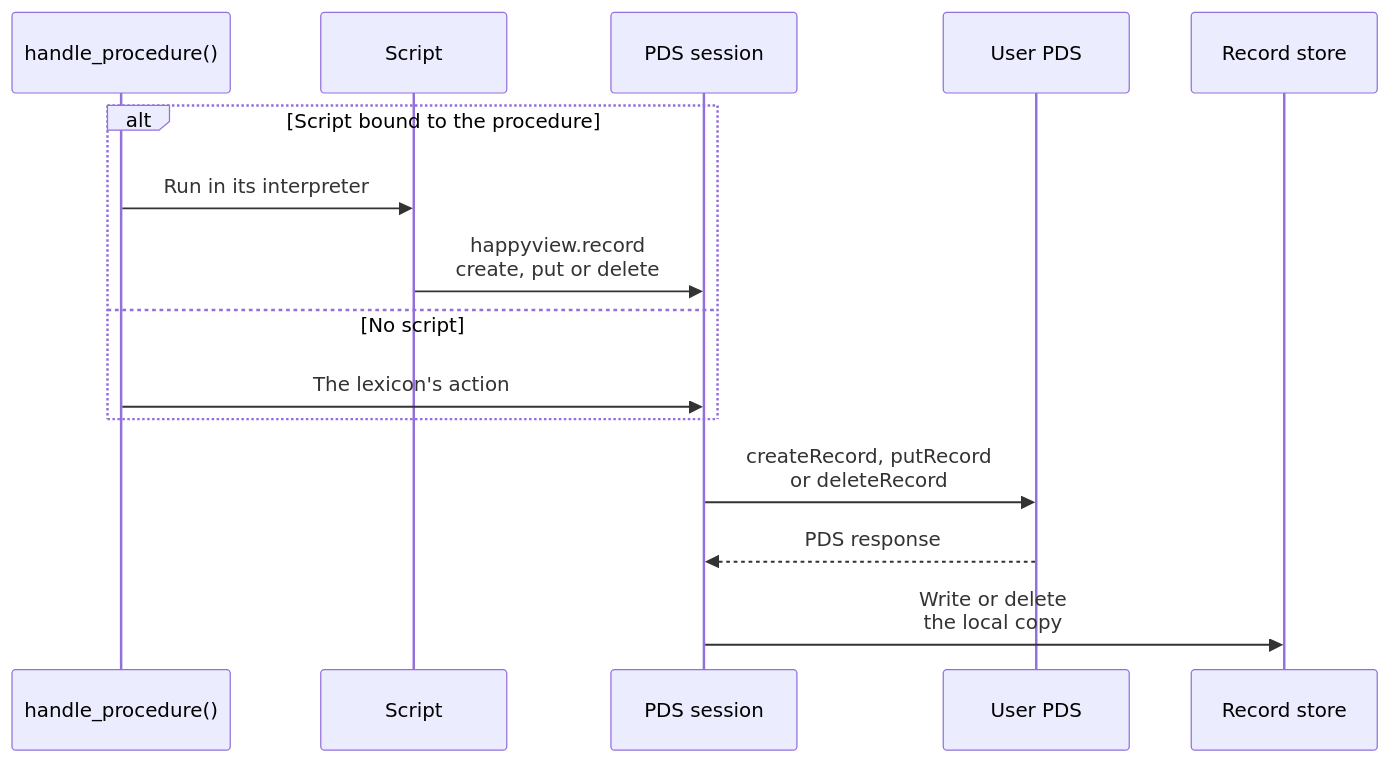
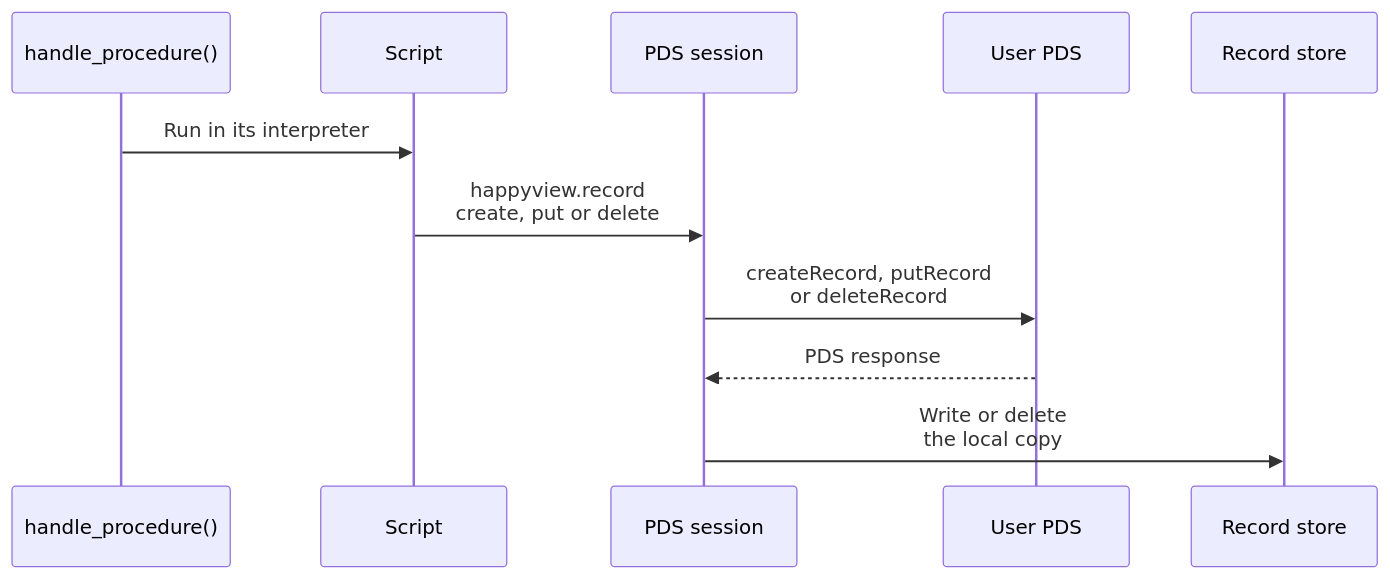
Before and after one commit to happyproto/happyview-docs: the fourth of 7 diagrams in src/content/docs/docs/architecture/index.md, drawn with Mermaid. The commit also changed other lines of this file and 21 other files, not shown here.

First line of the commit message:
docs: drop target_collection and action, so a query or procedure is its script

````diff
--- a/src/content/docs/docs/architecture/index.md
+++ b/src/content/docs/docs/architecture/index.md
@@ -100,19 +102,15 @@
 ```mermaid
 sequenceDiagram
     accTitle: Writes, from the procedure handler to the PDS
     participant H as handle_procedure()
     participant L as Script
     participant S as PDS session
     participant P as User PDS
     participant D as Record store
 
-    alt Script bound to the procedure
-        H->>L: Run in its interpreter
-        L->>S: happyview.record<br/>create, put or delete
-    else No script
-        H->>S: The lexicon's action
-    end
+    H->>L: Run in its interpreter
+    L->>S: happyview.record<br/>create, put or delete
     S->>P: createRecord, putRecord<br/>or deleteRecord
     P-->>S: PDS response
     S->>D: Write or delete<br/>the local copy
 ```
````
